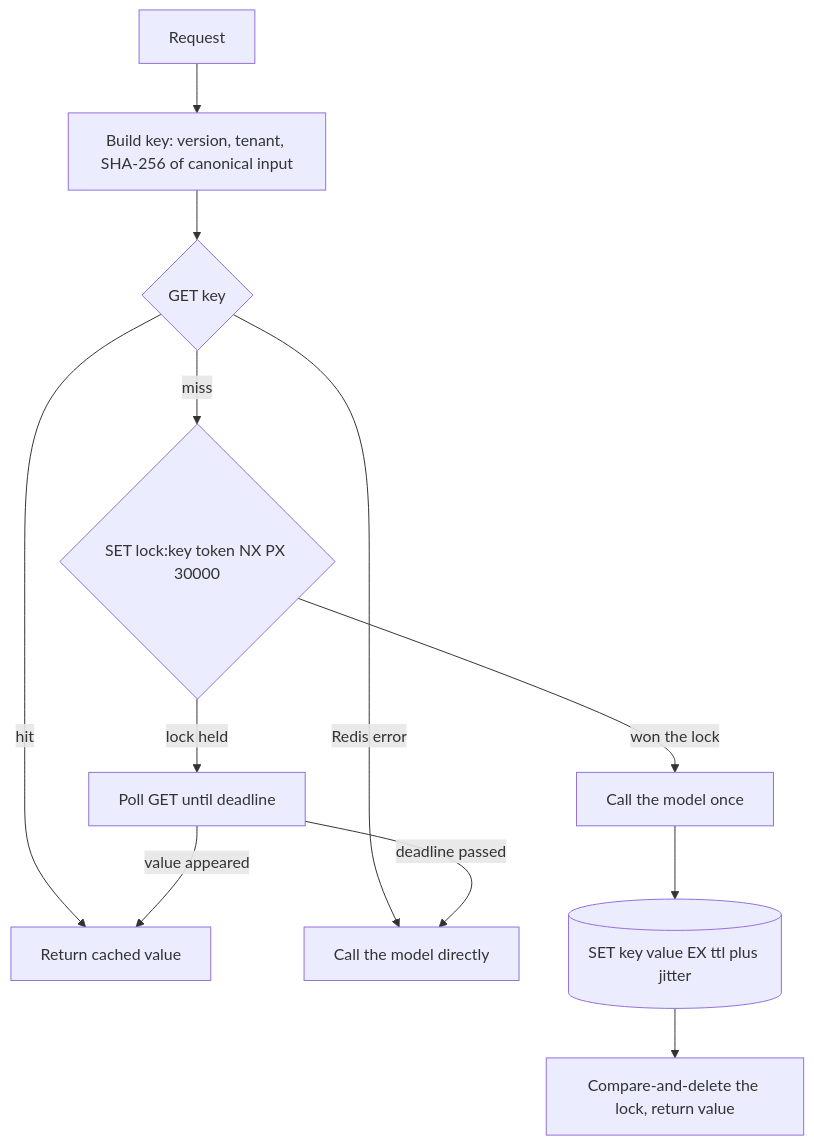
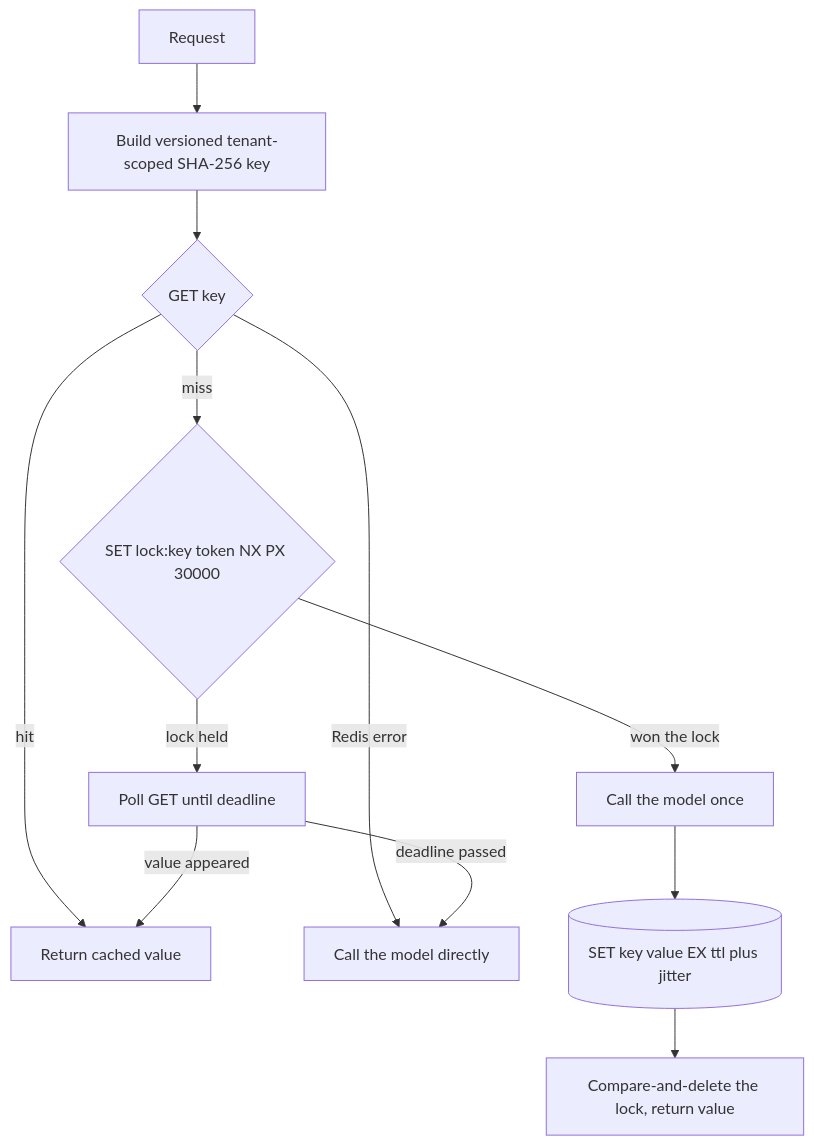
Before and after one commit to lovishmahajan97/agentic-learning: the diagram in content/fastapi-for-ai/redis-caching.md, drawn with Mermaid. The commit also changed other lines of this file and 278 other files, not shown here.

````diff
--- a/content/fastapi-for-ai/redis-caching.md
+++ b/content/fastapi-for-ai/redis-caching.md
@@ -133,14 +133,14 @@
 ```mermaid
 flowchart TD
-    R["Request"] --> K["Build key: version, tenant, SHA-256 of canonical input"]
+    R["Request"] --> K["Build versioned tenant-scoped SHA-256 key"]
     K --> G{"GET key"}
     G -->|"hit"| H["Return cached value"]
     G -->|"Redis error"| M["Call the model directly"]
     G -->|"miss"| L{"SET lock:key token NX PX 30000"}
     L -->|"won the lock"| C["Call the model once"]
     C --> S[("SET key value EX ttl plus jitter")]
     S --> U["Compare-and-delete the lock, return value"]
     L -->|"lock held"| W["Poll GET until deadline"]
     W -->|"value appeared"| H
     W -->|"deadline passed"| M
 ```
````
